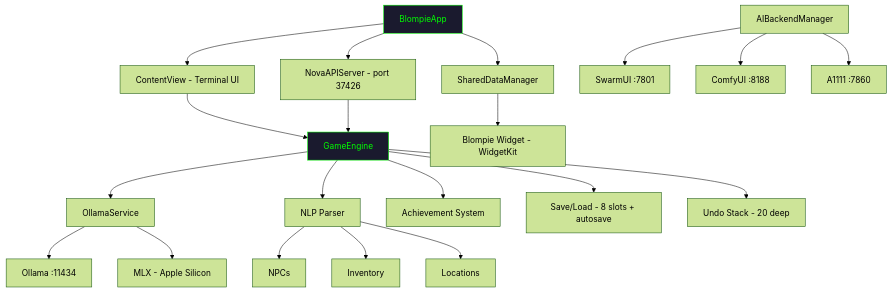
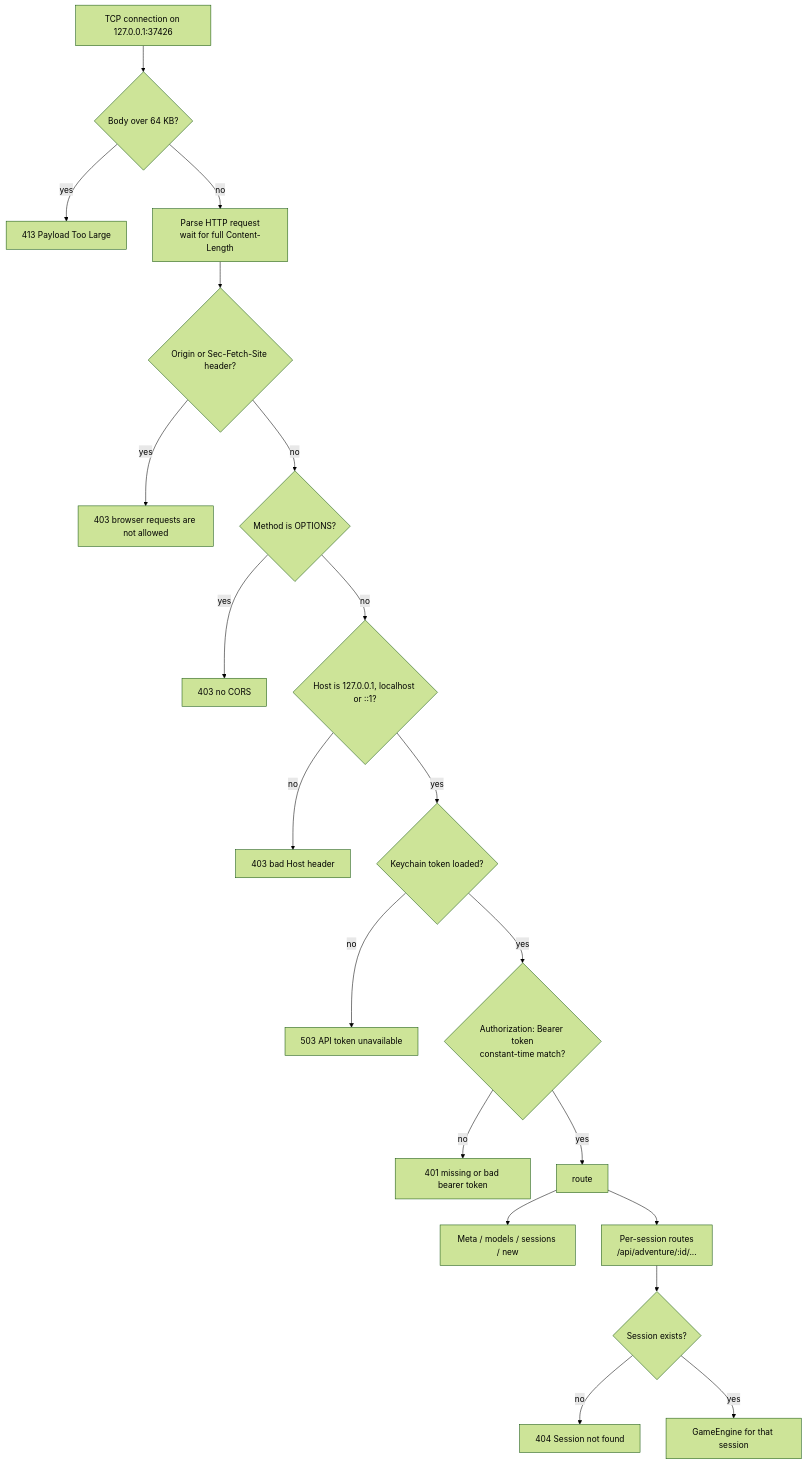
Before and after one commit to kochj23/Blompie: the third of 3 diagrams in README.md, drawn with Mermaid (forest theme). The commit also changed other lines of this file and 3 other files, not shown here.

````diff
--- a/README.md
+++ b/README.md
@@ -19,30 +242,22 @@
 ```mermaid
-graph TD
-    A[BlompieApp] --> B[ContentView - Terminal UI]
-    A --> C[NovaAPIServer - port 37426]
-    A --> D[SharedDataManager]
-
-    B --> E[GameEngine]
-    C --> E
-
-    E --> F[OllamaService]
-    E --> G[NLP Parser]
-    G --> H[NPCs]
-    G --> I[Inventory]
-    G --> J[Locations]
-    E --> K[Achievement System]
-    E --> L[Save/Load - 8 slots + autosave]
-    E --> M[Undo Stack - 20 deep]
-
-    F --> N[Ollama :11434]
-    F --> O[MLX - Apple Silicon]
-
-    P[AIBackendManager] --> Q[SwarmUI :7801]
-    P --> R[ComfyUI :8188]
-    P --> S[A1111 :7860]
-
-    D --> T[Blompie Widget - WidgetKit]
-
-    style A fill:#1a1a2e,color:#00ff00,stroke:#00ff00
-    style E fill:#1a1a2e,color:#00ff00,stroke:#00ff00
+flowchart TD
+    A[TCP connection on 127.0.0.1:37426] --> B{Body over 64 KB?}
+    B -- yes --> B1[413 Payload Too Large]
+    B -- no --> C[Parse HTTP request<br/>wait for full Content-Length]
+    C --> D{Origin or Sec-Fetch-Site header?}
+    D -- yes --> D1[403 browser requests are not allowed]
+    D -- no --> E{Method is OPTIONS?}
+    E -- yes --> E1[403 no CORS]
+    E -- no --> F{Host is 127.0.0.1, localhost or ::1?}
+    F -- no --> F1[403 bad Host header]
+    F -- yes --> G{Keychain token loaded?}
+    G -- no --> G1[503 API token unavailable]
+    G -- yes --> H{Authorization: Bearer token<br/>constant-time match?}
+    H -- no --> H1[401 missing or bad bearer token]
+    H -- yes --> I[route]
+    I --> J[Meta / models / sessions / new]
+    I --> K[Per-session routes<br/>/api/adventure/:id/...]
+    K --> L{Session exists?}
+    L -- no --> L1[404 Session not found]
+    L -- yes --> M[GameEngine for that session]
 ```
````
